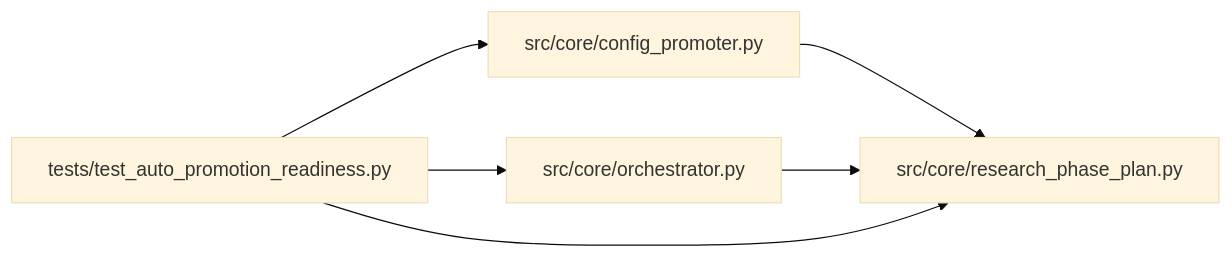
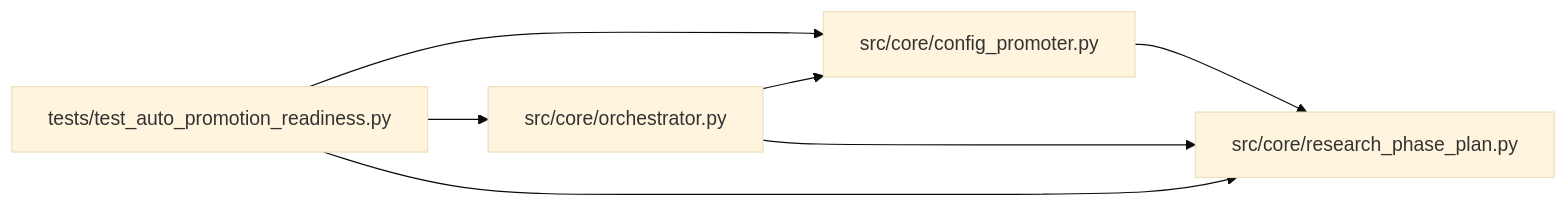
One commit to Denissvgn/autoresearch-agent changed the diagram in docs/llm_wiki/modules/test_auto_promotion_readiness.md. Above: the diagram before and after it, drawn with Mermaid (base theme). The commit also changed other lines of this file and 1033 other files, not shown here.

````diff
--- a/docs/llm_wiki/modules/test_auto_promotion_readiness.md
+++ b/docs/llm_wiki/modules/test_auto_promotion_readiness.md
@@ -27,16 +27,17 @@
 ```mermaid
 flowchart LR
     n0["src/core/config_promoter.py"]
     n1["src/core/orchestrator.py"]
     n2["src/core/research_phase_plan.py"]
     n3["tests/test_auto_promotion_readiness.py"]
     n0 --> n2
+    n1 --> n0
     n1 --> n2
     n3 --> n0
     n3 --> n1
     n3 --> n2
     click n0 "../modules/config_promoter.md"
     click n1 "../modules/orchestrator.md"
     click n2 "../modules/research_phase_plan.md"
     click n3 "../modules/test_auto_promotion_readiness.md"
 ```
````
